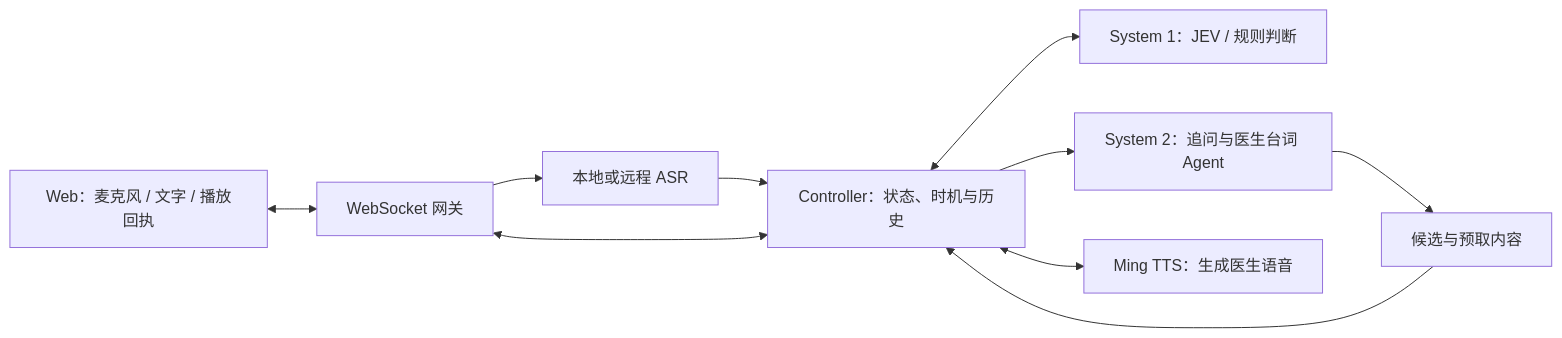
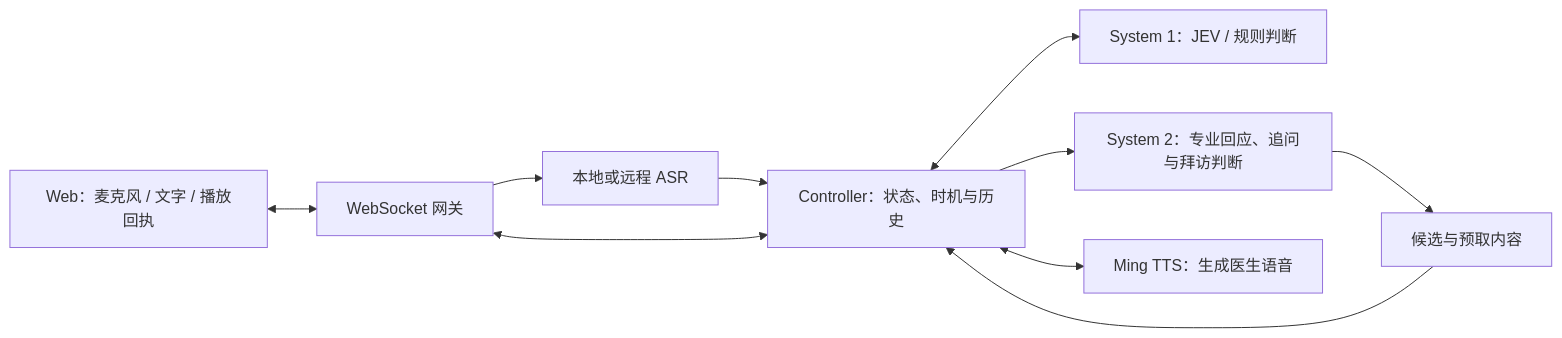
The diagram in README.md (ScH-CueX/CueX), drawn with Mermaid before and after one commit. The commit also changed other lines of this file and 31 other files, not shown here.

````diff
--- a/README.md
+++ b/README.md
@@ -136,12 +137,12 @@
 ```mermaid
 flowchart LR
     Web["Web：麦克风 / 文字 / 播放回执"] <--> WS["WebSocket 网关"]
     WS --> ASR["本地或远程 ASR"]
     ASR --> C["Controller：状态、时机与历史"]
     WS <--> C
     C <--> S1["System 1：JEV / 规则判断"]
-    C --> S2["System 2：追问与医生台词 Agent"]
+    C --> S2["System 2：专业回应、追问与拜访判断"]
     S2 --> Candidate["候选与预取内容"]
     Candidate --> C
     C <--> TTS["Ming TTS：生成医生语音"]
 ```
````
